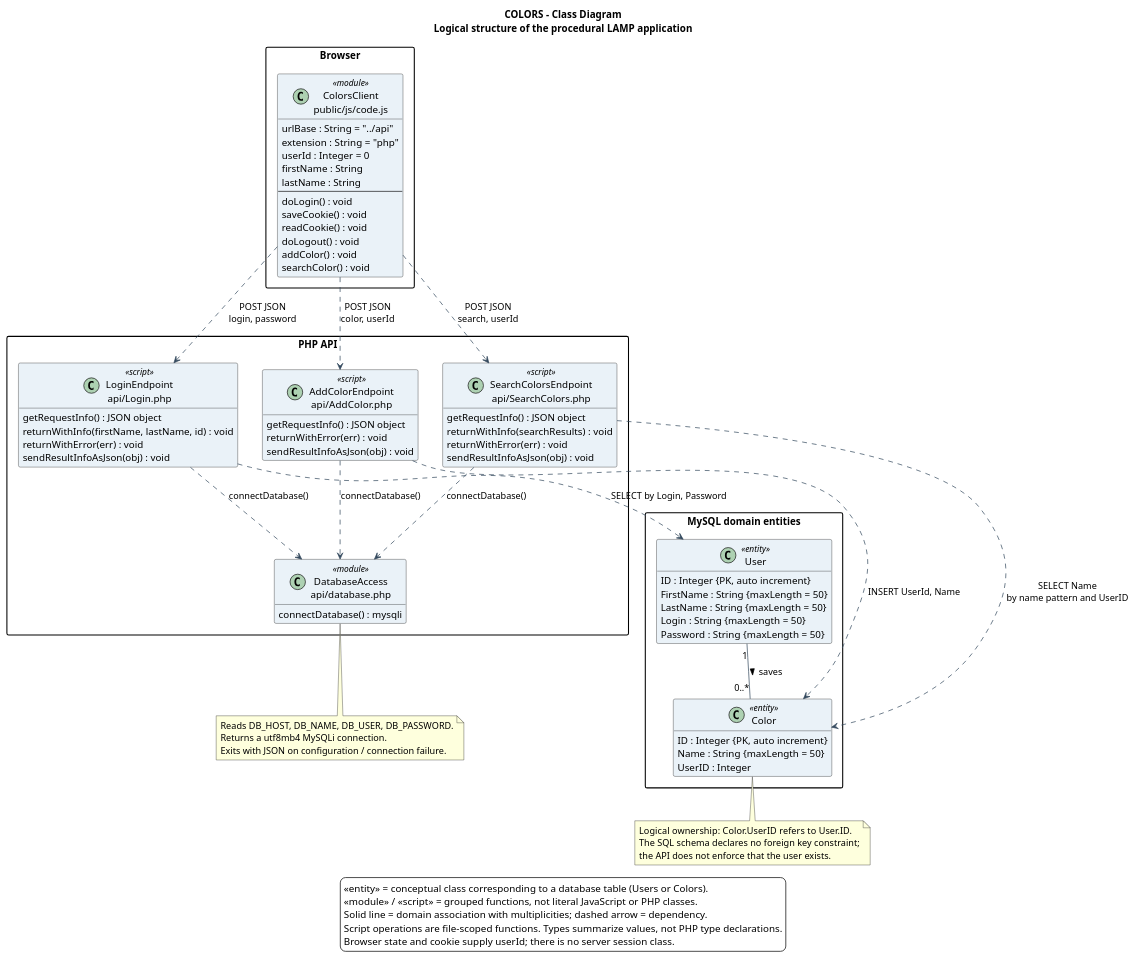
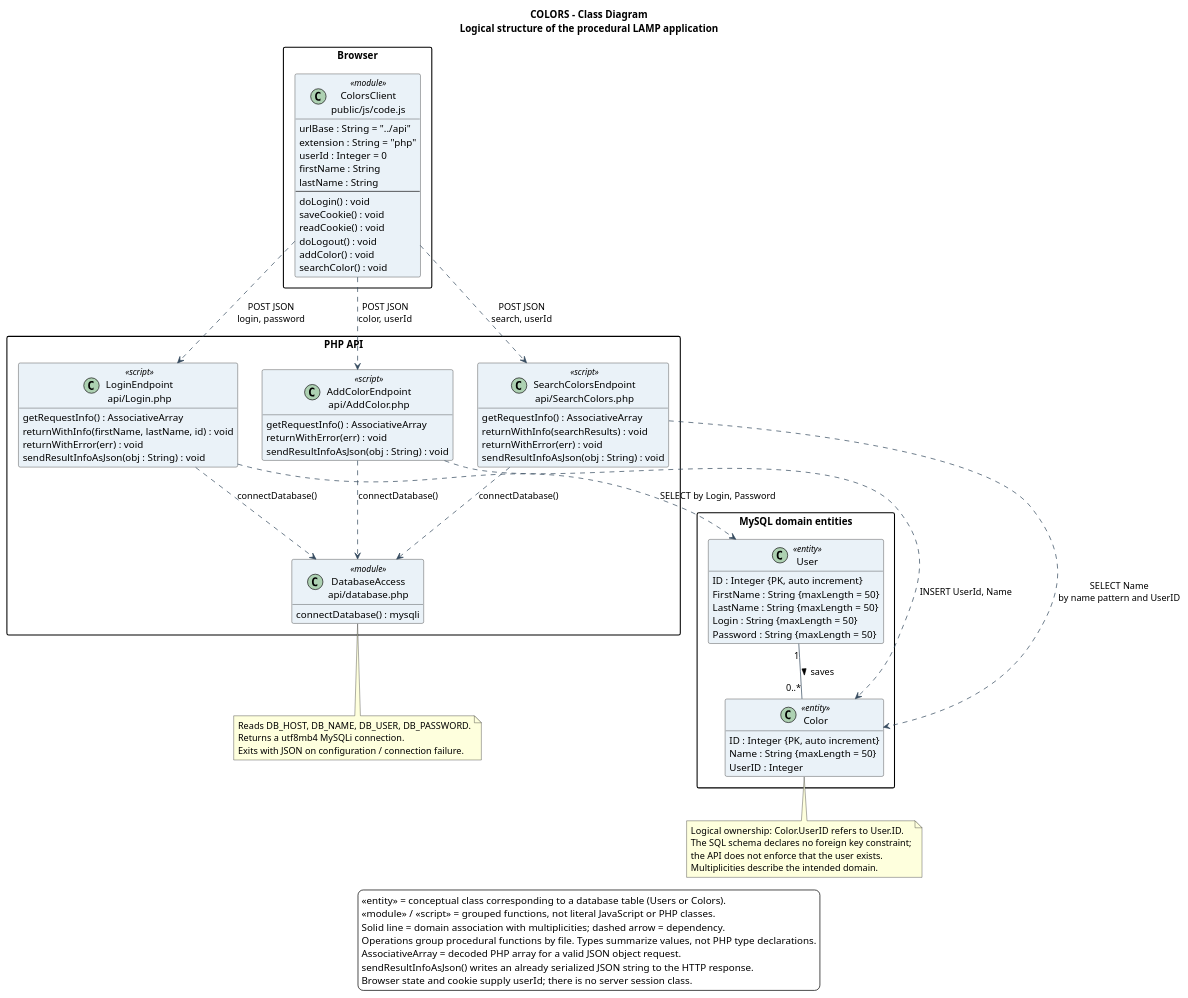
Before and after one commit to Martaino/colors-lamp: the diagram in docs/uml/class.puml, drawn with PlantUML. The commit also changed 9 other files, not shown here.

Commit message:
Correct UML details and clarify application behavior and notation

```diff
--- a/docs/uml/class.puml
+++ b/docs/uml/class.puml
@@ -1,95 +1,98 @@
 @startuml
 title COLORS - Class Diagram\nLogical structure of the procedural LAMP application
 skinparam backgroundColor white
 skinparam shadowing false
 skinparam defaultFontName SansSerif
 skinparam classAttributeIconSize 0
 skinparam packageStyle rectangle
 skinparam classBackgroundColor #EAF2F8
 skinparam ArrowColor #34495E
 hide empty members
 
 package "Browser" {
   class "ColorsClient\npublic/js/code.js" as Client <<module>> {
     urlBase : String = "../api"
     extension : String = "php"
     userId : Integer = 0
     firstName : String
     lastName : String
     --
     doLogin() : void
     saveCookie() : void
     readCookie() : void
     doLogout() : void
     addColor() : void
     searchColor() : void
   }
 }
 
 package "PHP API" {
   class "LoginEndpoint\napi/Login.php" as Login <<script>> {
-    getRequestInfo() : JSON object
+    getRequestInfo() : AssociativeArray
     returnWithInfo(firstName, lastName, id) : void
     returnWithError(err) : void
-    sendResultInfoAsJson(obj) : void
+    sendResultInfoAsJson(obj : String) : void
   }
   class "AddColorEndpoint\napi/AddColor.php" as Add <<script>> {
-    getRequestInfo() : JSON object
+    getRequestInfo() : AssociativeArray
     returnWithError(err) : void
-    sendResultInfoAsJson(obj) : void
+    sendResultInfoAsJson(obj : String) : void
   }
   class "SearchColorsEndpoint\napi/SearchColors.php" as Search <<script>> {
-    getRequestInfo() : JSON object
+    getRequestInfo() : AssociativeArray
     returnWithInfo(searchResults) : void
     returnWithError(err) : void
-    sendResultInfoAsJson(obj) : void
+    sendResultInfoAsJson(obj : String) : void
   }
   class "DatabaseAccess\napi/database.php" as Database <<module>> {
     connectDatabase() : mysqli
   }
 }
 
 package "MySQL domain entities" as Entities {
   class User <<entity>> {
     ID : Integer {PK, auto increment}
     FirstName : String {maxLength = 50}
     LastName : String {maxLength = 50}
     Login : String {maxLength = 50}
     Password : String {maxLength = 50}
   }
   class Color <<entity>> {
     ID : Integer {PK, auto increment}
     Name : String {maxLength = 50}
     UserID : Integer
   }
   User "1" -- "0..*" Color : saves >
 }
 
 Client ..> Login : POST JSON\nlogin, password
 Client ..> Add : POST JSON\ncolor, userId
 Client ..> Search : POST JSON\nsearch, userId
 Login ..> Database : connectDatabase()
 Add ..> Database : connectDatabase()
 Search ..> Database : connectDatabase()
 Login ..> User : SELECT by Login, Password
 Add ..> Color : INSERT UserId, Name
 Search ..> Color : SELECT Name\nby name pattern and UserID
 
 note bottom of Database
   Reads DB_HOST, DB_NAME, DB_USER, DB_PASSWORD.
   Returns a utf8mb4 MySQLi connection.
   Exits with JSON on configuration / connection failure.
 end note
 note bottom of Color
   Logical ownership: Color.UserID refers to User.ID.
   The SQL schema declares no foreign key constraint;
   the API does not enforce that the user exists.
+  Multiplicities describe the intended domain.
 end note
 legend bottom
   <<entity>> = conceptual class corresponding to a database table (Users or Colors).
   <<module>> / <<script>> = grouped functions, not literal JavaScript or PHP classes.
   Solid line = domain association with multiplicities; dashed arrow = dependency.
-  Script operations are file-scoped functions. Types summarize values, not PHP type declarations.
+  Operations group procedural functions by file. Types summarize values, not PHP type declarations.
+  AssociativeArray = decoded PHP array for a valid JSON object request.
+  sendResultInfoAsJson() writes an already serialized JSON string to the HTTP response.
   Browser state and cookie supply userId; there is no server session class.
 endlegend
 @enduml
```
